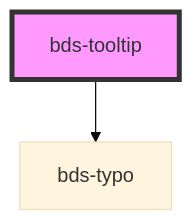
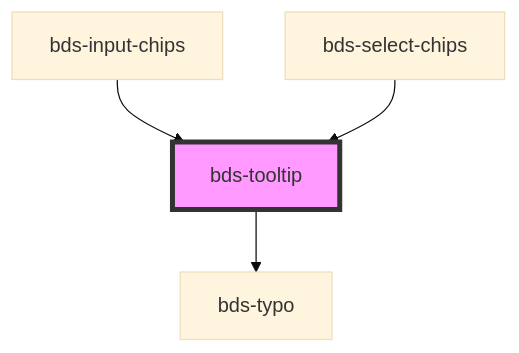
Before and after one commit to takenet/blip-ds: the diagram in src/components/tooltip/readme.md, drawn with Mermaid (base theme). The commit also changed other lines of this file and 7 other files, not shown here.

Commit message:
fix(chips): limit texto chip im input-chips and select chips

````diff
--- a/src/components/tooltip/readme.md
+++ b/src/components/tooltip/readme.md
@@ -25,5 +30,7 @@
 ```mermaid
 graph TD;
   bds-tooltip --> bds-typo
+  bds-input-chips --> bds-tooltip
+  bds-select-chips --> bds-tooltip
   style bds-tooltip fill:#f9f,stroke:#333,stroke-width:4px
 ```
````
